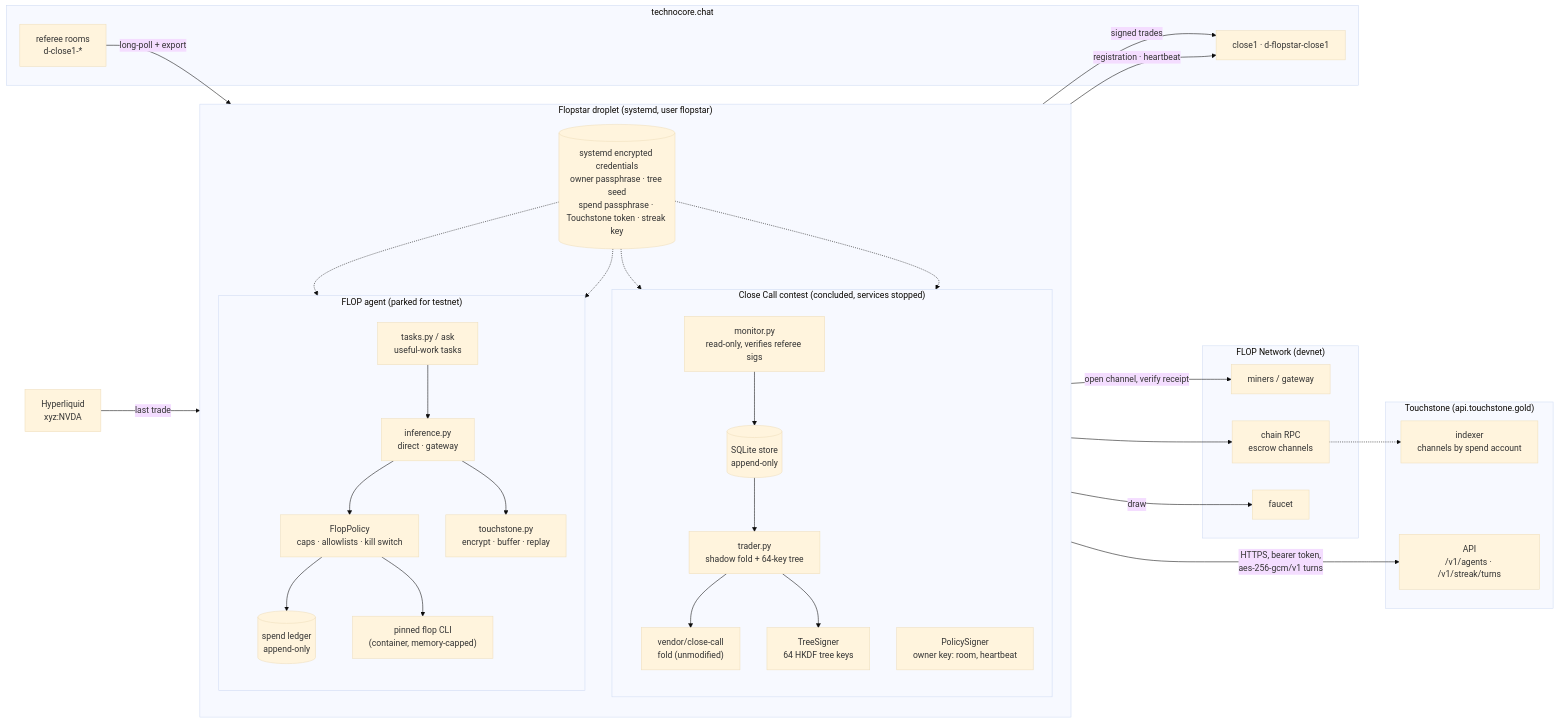
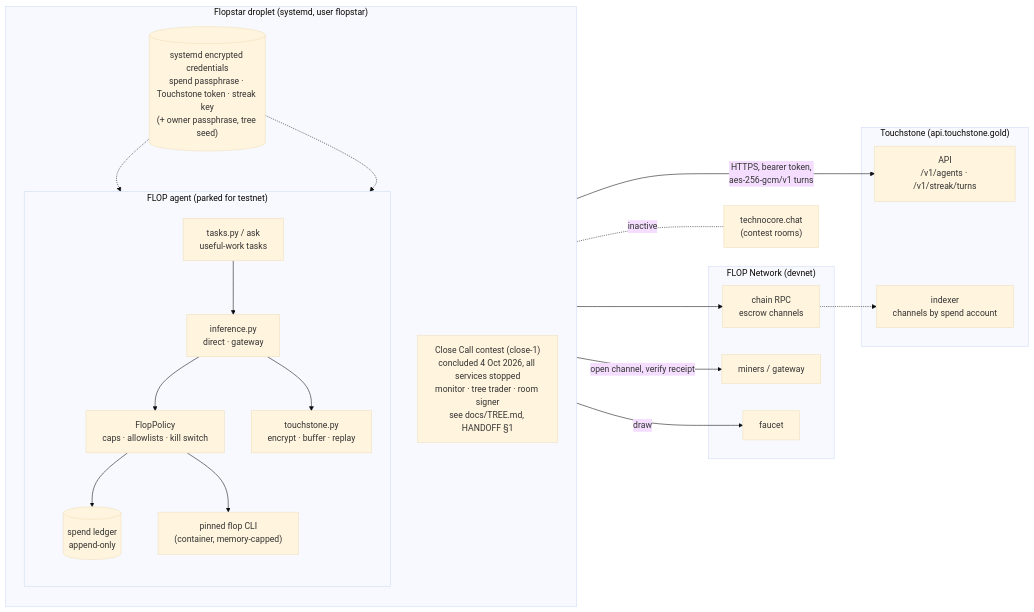
Before and after one commit to oversight-markets/flopstar: the diagram in README.md, drawn with Mermaid (base theme). The commit also changed other lines of this file, not shown here.

Commit message:
Collapse the concluded contest to one box in the README diagram
The diagram now centres on the FLOP agent and Touchstone; the close-1
monitor, tree trader and signers are one inactive box that points to the
sections and docs describing them.

````diff
--- a/README.md
+++ b/README.md
@@ -218,65 +218,45 @@
 ```mermaid
 flowchart LR
     subgraph droplet["Flopstar droplet (systemd, user flopstar)"]
         direction TB
-        creds[("systemd encrypted credentials<br/>owner passphrase · tree seed<br/>spend passphrase · Touchstone token · streak key")]
+        creds[("systemd encrypted credentials<br/>spend passphrase · Touchstone token · streak key<br/>(+ owner passphrase, tree seed)")]
 
-        subgraph contest["Close Call contest (concluded, services stopped)"]
-            direction TB
-            monitor["monitor.py<br/>read-only, verifies referee sigs"]
-            store[("SQLite store<br/>append-only")]
-            trader["trader.py<br/>shadow fold + 64-key tree"]
-            treesigner["TreeSigner<br/>64 HKDF tree keys"]
-            policysigner["PolicySigner<br/>owner key: room, heartbeat"]
-            fold["vendor/close-call<br/>fold (unmodified)"]
-            monitor --> store --> trader
-            trader --> fold
-            trader --> treesigner
-        end
+        contest["Close Call contest (close-1)<br/>concluded 4 Oct 2026, all services stopped<br/>monitor · tree trader · room signer<br/>see docs/TREE.md, HANDOFF §1"]
 
         subgraph flop["FLOP agent (parked for testnet)"]
             direction TB
             tasks["tasks.py / ask<br/>useful-work tasks"]
             inference["inference.py<br/>direct · gateway"]
             policy["FlopPolicy<br/>caps · allowlists · kill switch"]
             ledger[("spend ledger<br/>append-only")]
             cli["pinned flop CLI<br/>(container, memory-capped)"]
             reporter["touchstone.py<br/>encrypt · buffer · replay"]
             tasks --> inference --> policy
             policy --> ledger
             policy --> cli
             inference --> reporter
         end
-        creds -.-> treesigner
-        creds -.-> policysigner
         creds -.-> policy
         creds -.-> reporter
     end
 
-    subgraph technocore["technocore.chat"]
-        referee["referee rooms<br/>d-close1-*"]
-        rooms["close1 · d-flopstar-close1"]
-    end
-    hl["Hyperliquid<br/>xyz:NVDA"]
+    technocore["technocore.chat<br/>(contest rooms)"]
 
     subgraph flopnet["FLOP Network (devnet)"]
         chain["chain RPC<br/>escrow channels"]
         miner["miners / gateway"]
         faucet["faucet"]
     end
 
     subgraph ts["Touchstone (api.touchstone.gold)"]
         api["API<br/>/v1/agents · /v1/streak/turns"]
         indexer["indexer<br/>channels by spend account"]
     end
 
-    referee -- long-poll + export --> monitor
-    hl -- last trade --> trader
-    treesigner -- signed trades --> rooms
-    policysigner -- registration · heartbeat --> rooms
+    contest -. inactive .- technocore
     cli -- open channel, verify receipt --> miner
     cli --> chain
     policy -- draw --> faucet
     reporter -- "HTTPS, bearer token,<br/>aes-256-gcm/v1 turns" --> api
     chain -.-> indexer
 ```
````
